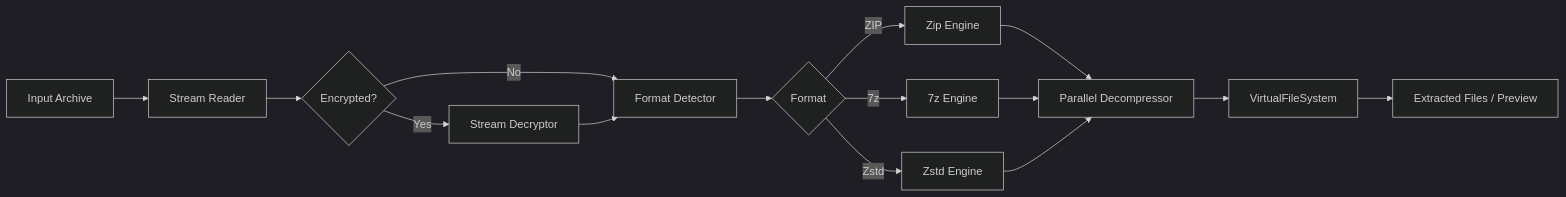
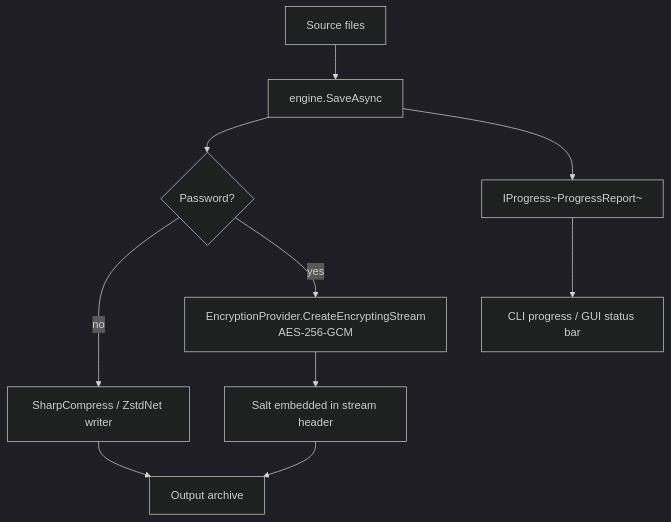
The seventh of 10 diagrams in docs/ARCHITECTURE.md (marcelofrau/arcana), drawn with Mermaid (dark theme) before and after one commit. The commit also changed other lines of this file and 19 other files, not shown here.

Commit message:
docs: rewrite full documentation suite (architecture, specs, roadmap, API, security, README)

````diff
--- a/docs/ARCHITECTURE.md
+++ b/docs/ARCHITECTURE.md
@@ -178,17 +246,12 @@
 ```mermaid
-flowchart LR
-    A[Input Archive] --> B[Stream Reader]
-    B --> C{Encrypted?}
-    C -->|Yes| D[Stream Decryptor]
-    C -->|No| E[Format Detector]
-    D --> E
-    E --> F{Format}
-    F -->|ZIP| G[Zip Engine]
-    F -->|7z| H[7z Engine]
-    F -->|Zstd| I[Zstd Engine]
-    G --> J[Parallel Decompressor]
-    H --> J
-    I --> J
-    J --> K[VirtualFileSystem]
-    K --> L[Extracted Files / Preview]
+flowchart TD
+    A[Source files] --> B[engine.SaveAsync]
+    B --> C{Password?}
+    C -->|no| D[SharpCompress / ZstdNet writer]
+    C -->|yes| E[EncryptionProvider.CreateEncryptingStream<br/>AES-256-GCM]
+    E --> F[Salt embedded in stream header]
+    D --> G[Output archive]
+    F --> G
+    B --> H[IProgress~ProgressReport~]
+    H --> I[CLI progress / GUI status bar]
 ```
````
